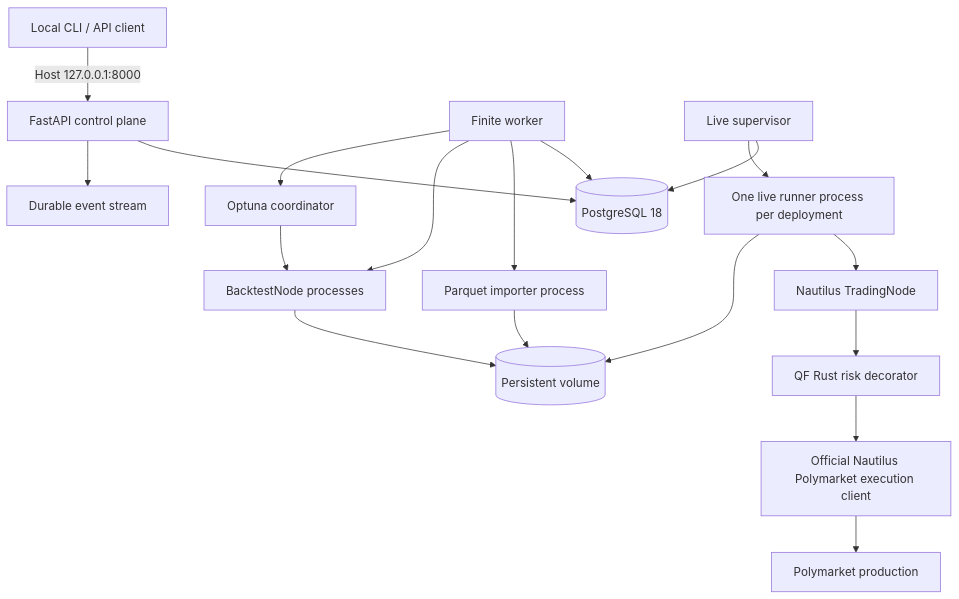
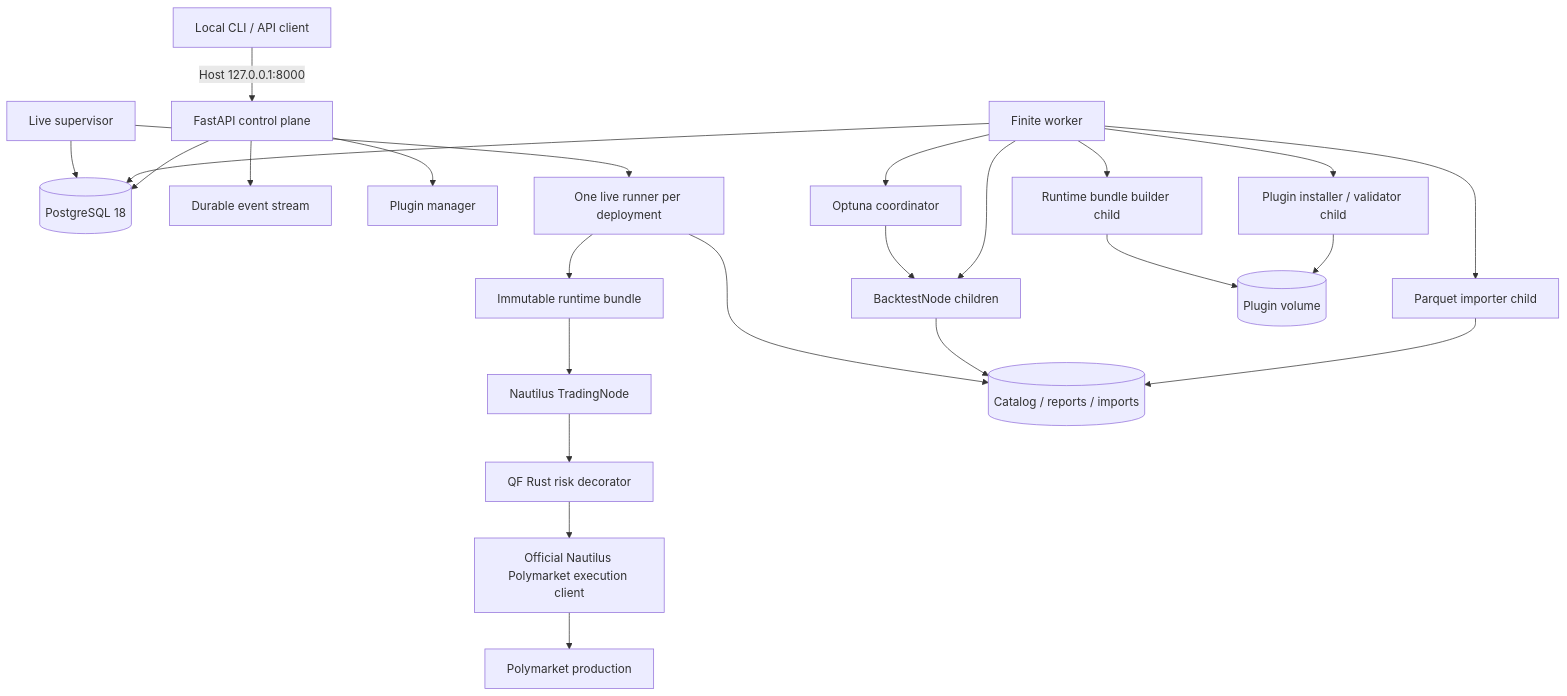
Before and after one commit to zhengui666/QuantFoundry: the diagram in DESIGN.md, drawn with Mermaid. The commit also changed other lines of this file, not shown here.

Commit message:
docs: design runtime dynamic plugin lifecycle

````diff
--- a/DESIGN.md
+++ b/DESIGN.md
@@ -117,24 +140,30 @@
 ```mermaid
 flowchart TB
     C[Local CLI / API client] -->|Host 127.0.0.1:8000| API[FastAPI control plane]
 
     API --> PG[(PostgreSQL 18)]
     API --> EVT[Durable event stream]
+    API --> PM[Plugin manager]
 
     FW[Finite worker] --> PG
-    FW --> IMP[Parquet importer process]
-    FW --> BT[BacktestNode processes]
+    FW --> PI[Plugin installer / validator child]
+    FW --> PB[Runtime bundle builder child]
+    FW --> IMP[Parquet importer child]
+    FW --> BT[BacktestNode children]
     FW --> OPT[Optuna coordinator]
     OPT --> BT
 
     LS[Live supervisor] --> PG
-    LS --> LR[One live runner process per deployment]
-    LR --> NT[Nautilus TradingNode]
+    LS --> LR[One live runner per deployment]
+    LR --> RB[Immutable runtime bundle]
+    RB --> NT[Nautilus TradingNode]
     NT --> QR[QF Rust risk decorator]
-    QR --> PM[Official Nautilus Polymarket execution client]
+    QR --> PMX[Official Nautilus Polymarket execution client]
 
-    IMP --> VOL[(Persistent volume)]
-    BT --> VOL
-    LR --> VOL
-    PM --> VENUE[Polymarket production]
+    PI --> PV[(Plugin volume)]
+    PB --> PV
+    IMP --> DV[(Catalog / reports / imports)]
+    BT --> DV
+    LR --> DV
+    PMX --> VENUE[Polymarket production]
 ```
````
